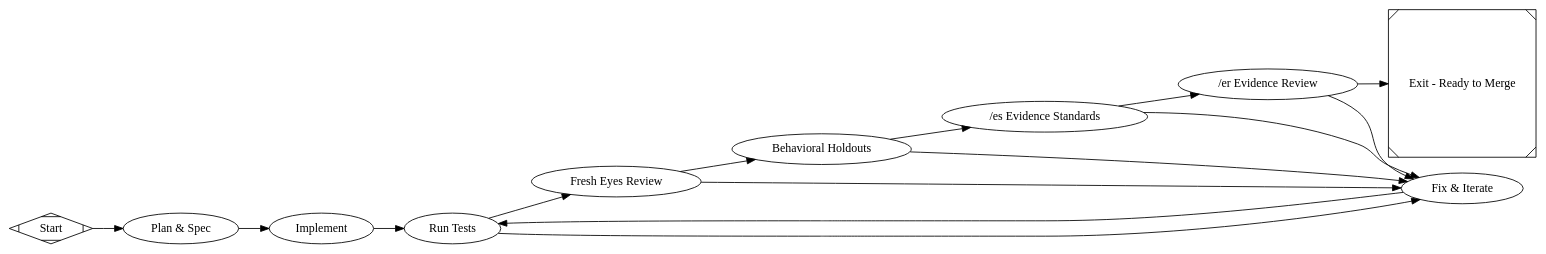
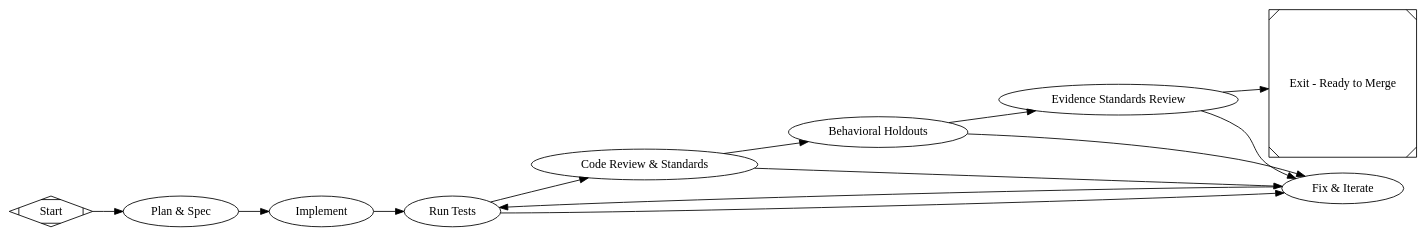
The diagram in pipelines/slim/minimal_feature.dot (jleechanorg/dark-factory), drawn with Graphviz before and after one commit. The commit also changed 3 other files, not shown here.

Commit message:
feat(slim): implement repository-agnostic code standards and evidence reviewers with smart local overrides

```diff
--- a/pipelines/slim/minimal_feature.dot
+++ b/pipelines/slim/minimal_feature.dot
@@ -1,89 +1,81 @@
 digraph MinimalFeatureFactory {
   graph [
     goal="Implement a production-ready feature that passes tests, review, and behavioral holdouts"
     rankdir=LR
     model_stylesheet="minimal_feature.model.css"
   ]
 
   start [shape=Mdiamond, label="Start"]
   exit  [shape=Msquare, label="Exit - Ready to Merge"]
 
   plan [
     type="codergen",
     label="Plan & Spec",
     class="plan",
     prompt="@prompts/slim/plan.md"
   ]
 
   implement [
     type="codergen",
     label="Implement",
     class="implement",
     prompt="@prompts/slim/implement.md",
     max_retries=2
   ]
 
   test [
     type="tool",
     label="Run Tests",
     command="${state.slim.test_command}",
     validation=true,
     goal_gate=true,
     retry_target="fix"
   ]
 
-  review [
-    type="codergen",
-    label="Fresh Eyes Review",
-    class="review",
-    prompt="@prompts/slim/review.md",
+  code_review [
+    type="gate_code_standards",
+    label="Code Review & Standards",
     goal_gate=true,
     retry_target="fix"
   ]
 
   holdout [
     type="holdout_eval",
     label="Behavioral Holdouts",
     validation=true,
     goal_gate=true,
     retry_target="fix"
   ]
 
-  gate_es [
-    type="gate_es",
-    label="/es Evidence Standards"
-  ]
-
-  gate_er [
-    type="gate_er",
-    label="/er Evidence Review"
+  evidence_review [
+    type="gate_evidence_review",
+    label="Evidence Standards Review",
+    goal_gate=true,
+    retry_target="fix"
   ]
 
   fix [
     type="codergen",
     label="Fix & Iterate",
     prompt="@prompts/slim/fix.md",
     max_retries=2
   ]
 
   start -> plan
   plan -> implement
   implement -> test
 
-  test -> review [condition="outcome=success"]
+  test -> code_review [condition="outcome=success"]
   test -> fix [condition="outcome!=success"]
 
-  review -> holdout [condition="outcome=success"]
-  review -> fix [condition="outcome!=success"]
+  code_review -> holdout [condition="outcome=success"]
+  code_review -> fix [condition="outcome!=success"]
 
-  holdout -> gate_es [condition="outcome=success"]
+  holdout -> evidence_review [condition="outcome=success"]
   holdout -> fix [condition="outcome!=success"]
 
-  gate_es -> gate_er [condition="outcome=success"]
-  gate_es -> fix [condition="outcome!=success"]
-
-  gate_er -> exit [condition="outcome=success"]
-  gate_er -> fix [condition="outcome!=success"]
+  evidence_review -> exit [condition="outcome=success"]
+  evidence_review -> fix [condition="outcome!=success"]
 
   fix -> test
 }
```
